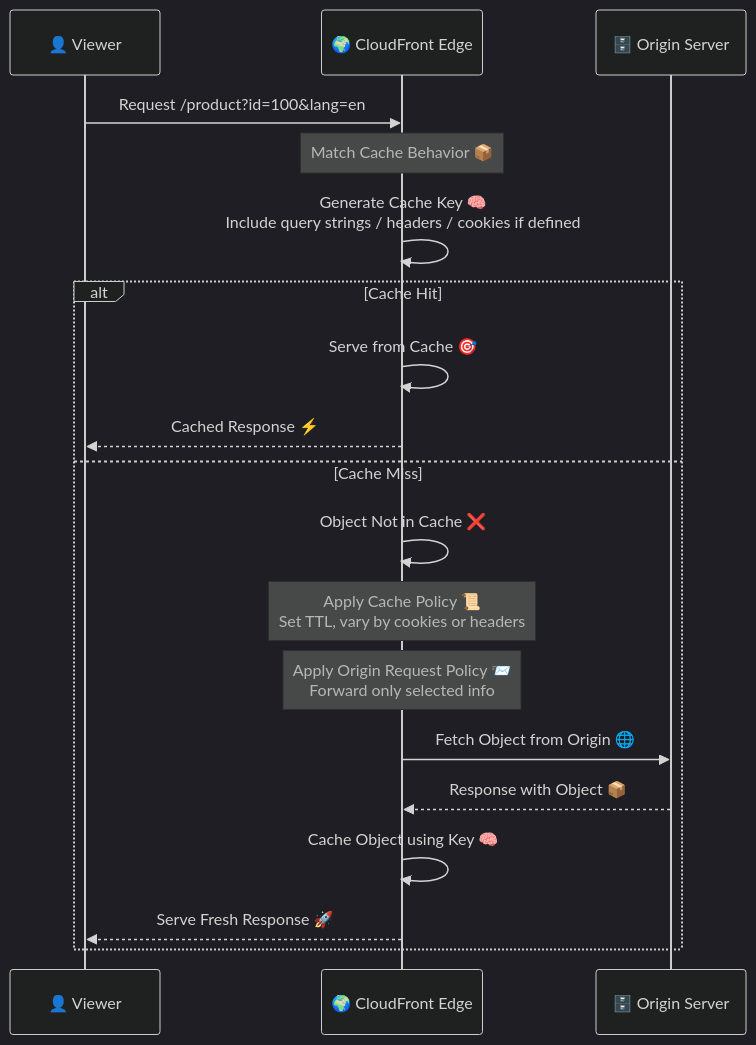
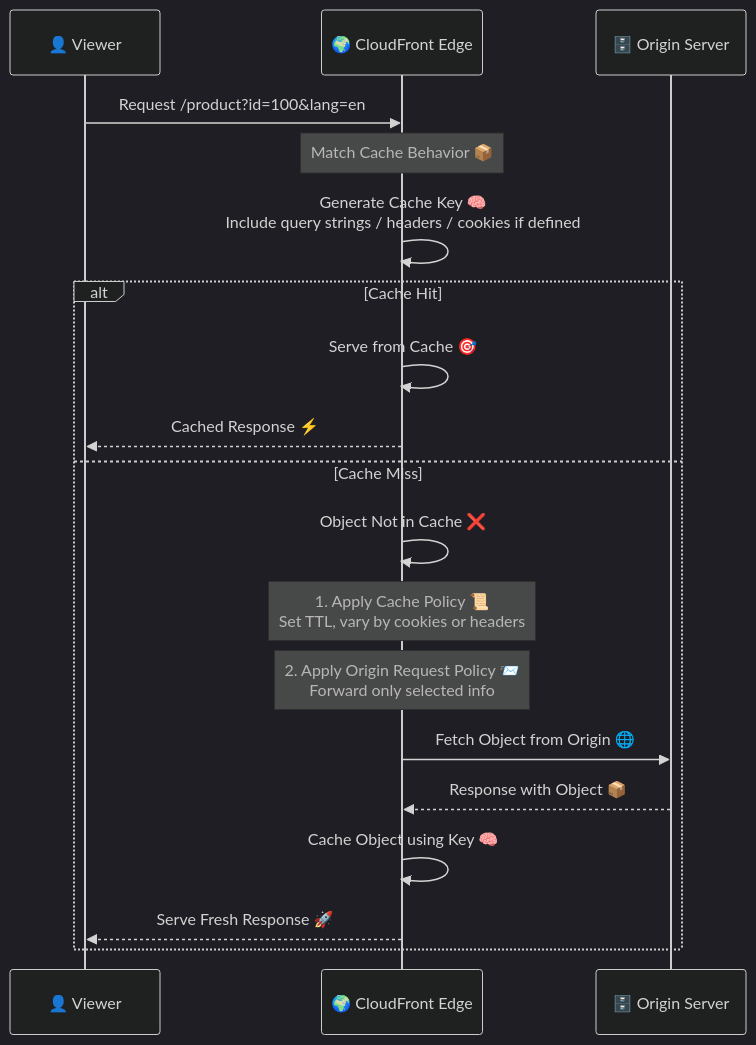
Before and after one commit to hadywafa/AwsHub: the diagram in aws-services/3.network/3.cloud-front/3.1.cache-configuration.md, drawn with Mermaid (dark theme). The commit also changed other lines of this file and 24 other files, not shown here.

````diff
--- a/aws-services/3.network/3.cloud-front/3.1.cache-configuration.md
+++ b/aws-services/3.network/3.cloud-front/3.1.cache-configuration.md
@@ -17,22 +17,22 @@
 ```mermaid
 sequenceDiagram
     participant 👤 as 👤 Viewer
     participant 🌍 as 🌍 CloudFront Edge
     participant 🗄️ as 🗄️ Origin Server
 
     👤->>🌍: Request /product?id=100&lang=en
     Note over 🌍: Match Cache Behavior 📦
     🌍->>🌍: Generate Cache Key 🧠<br>Include query strings / headers / cookies if defined
     alt Cache Hit
         🌍->>🌍: Serve from Cache 🎯
         🌍-->>👤: Cached Response ⚡
     else Cache Miss
         🌍->>🌍: Object Not in Cache ❌
-        Note over 🌍: Apply Cache Policy 📜<br>Set TTL, vary by cookies or headers
-        Note over 🌍: Apply Origin Request Policy 📨<br>Forward only selected info
+        Note over 🌍: 1. Apply Cache Policy 📜<br>Set TTL, vary by cookies or headers
+        Note over 🌍: 2. Apply Origin Request Policy 📨<br>Forward only selected info
         🌍->>🗄️: Fetch Object from Origin 🌐
         🗄️-->>🌍: Response with Object 📦
         🌍->>🌍: Cache Object using Key 🧠
         🌍-->>👤: Serve Fresh Response 🚀
     end
 ```
````
